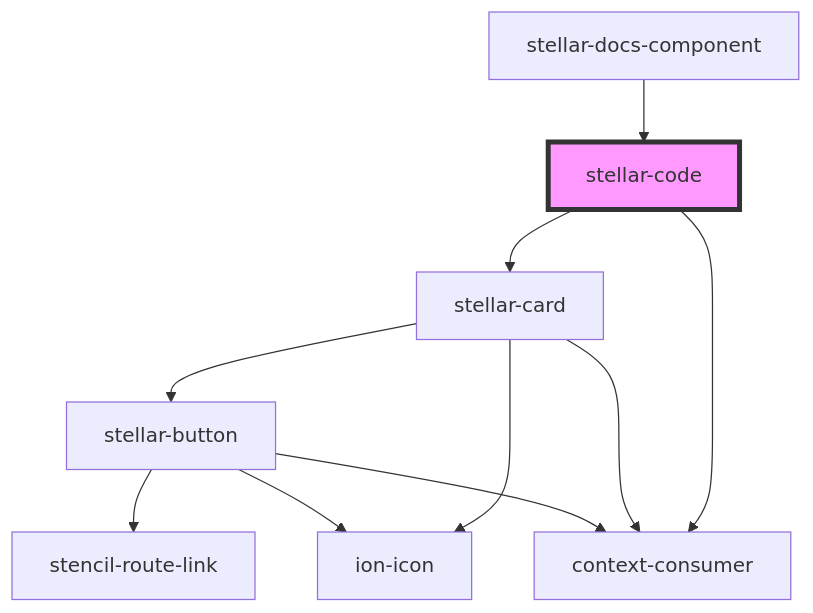
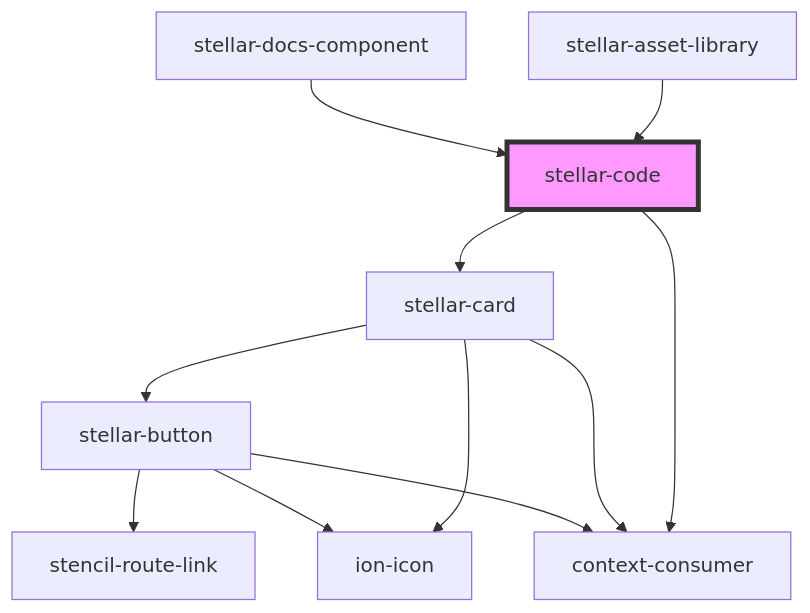
One commit to splitinfinities/Stellar changed the diagram in src/components/helpers/code/readme.md. Above: the diagram before and after it, drawn with Mermaid. The commit also changed other lines of this file and 30 other files, not shown here.

````diff
--- a/src/components/helpers/code/readme.md
+++ b/src/components/helpers/code/readme.md
@@ -78,13 +79,14 @@
 ```mermaid
 graph TD;
   stellar-code --> stellar-card
   stellar-code --> context-consumer
   stellar-card --> stellar-button
   stellar-card --> ion-icon
   stellar-card --> context-consumer
   stellar-button --> ion-icon
   stellar-button --> stencil-route-link
   stellar-button --> context-consumer
+  stellar-asset-library --> stellar-code
   stellar-docs-component --> stellar-code
   style stellar-code fill:#f9f,stroke:#333,stroke-width:4px
 ```
````
